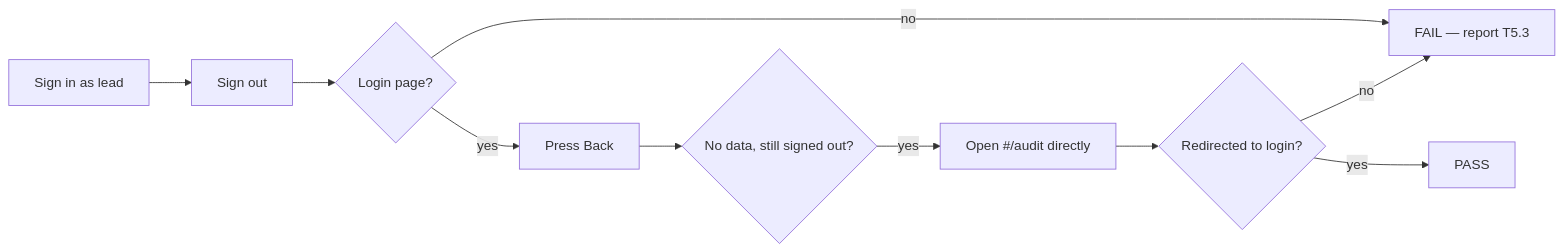
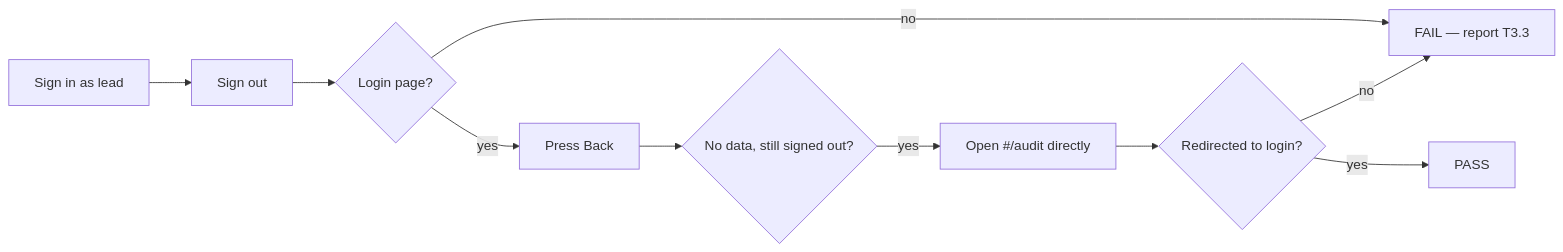
Diagram 22 of 25 in docs/TESTER_GUIDE.md (DeepxD-code/LeadDesk), drawn with Mermaid before and after one commit. The commit also changed other lines of this file and 8 other files, not shown here.

````diff
--- a/docs/TESTER_GUIDE.md
+++ b/docs/TESTER_GUIDE.md
@@ -855,12 +855,12 @@
 ```mermaid
 flowchart LR
   A["Sign in as lead"] --> B["Sign out"]
   B --> C{"Login page?"}
-  C -->|no| X["FAIL — report T5.3"]
+  C -->|no| X["FAIL — report T3.3"]
   C -->|yes| D["Press Back"]
   D --> E{"No data, still signed out?"}
   E -->|yes| F["Open #/audit directly"]
   F --> G{"Redirected to login?"}
   G -->|yes| P[PASS]
   G -->|no| X
 ```
````
